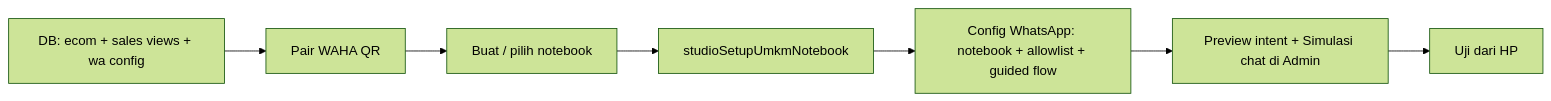
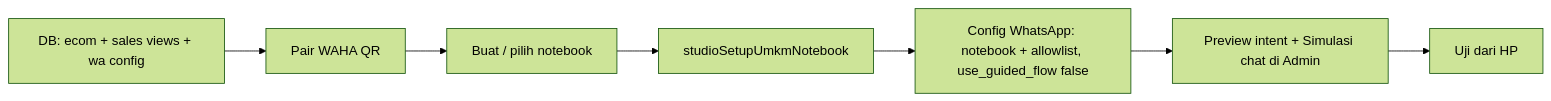
The second of 10 diagrams in middleware/STUDIO_UMKM_FLOW.md (nusantarasoft/juragan-aibuilder-cup), drawn with Mermaid (forest theme) before and after one commit. The commit also changed other lines of this file and 16 other files, not shown here.

First line of the commit message:
feat(umkm): route WhatsApp through handleMessage, not Guide Flow

````diff
--- a/middleware/STUDIO_UMKM_FLOW.md
+++ b/middleware/STUDIO_UMKM_FLOW.md
@@ -102,12 +102,12 @@
 ```mermaid
 flowchart LR
     A1[DB: ecom + sales views + wa config]
     A2[Pair WAHA QR]
     A3[Buat / pilih notebook]
     A4[studioSetupUmkmNotebook]
-    A5[Config WhatsApp: notebook + allowlist + guided flow]
+    A5[Config WhatsApp: notebook + allowlist, use_guided_flow false]
     A6[Preview intent + Simulasi chat di Admin]
     A7[Uji dari HP]
 
     A1 --> A2 --> A3 --> A4 --> A5 --> A6 --> A7
 ```
````
